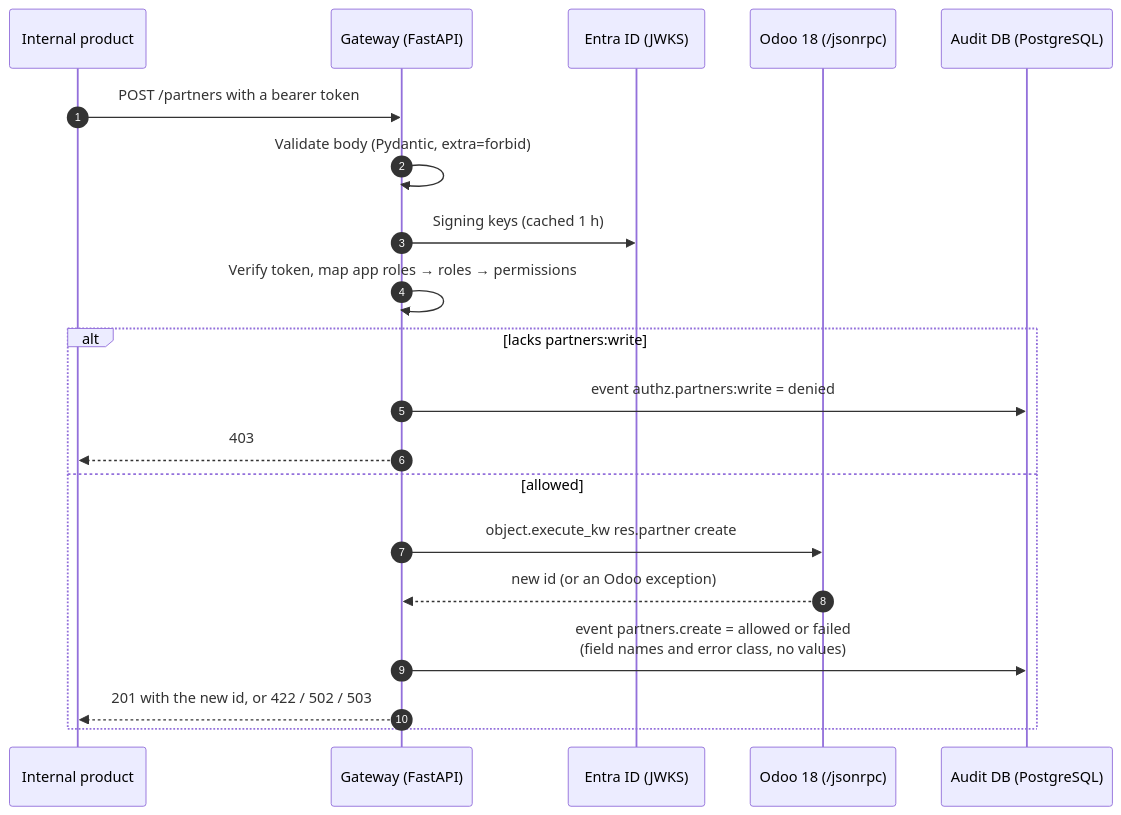
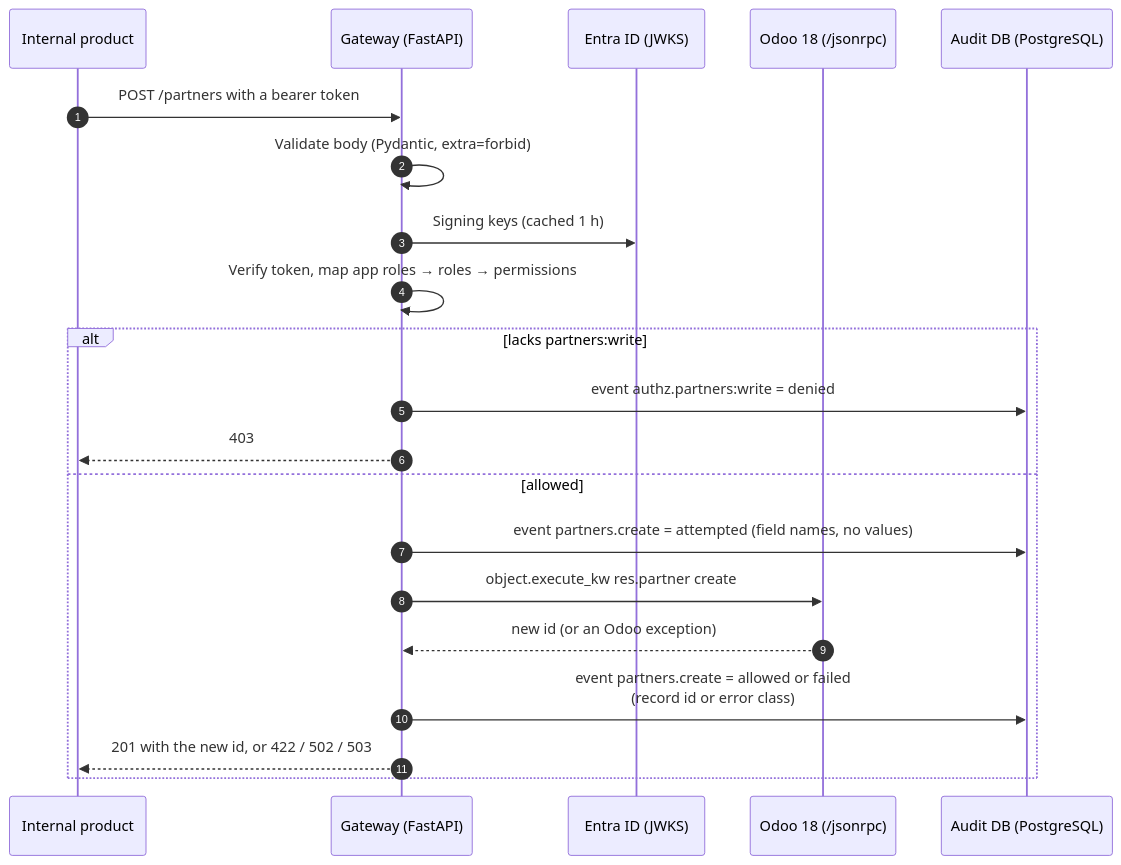
The first of 3 diagrams in docs/architecture.md (sergeonito/odoo-gateway), drawn with Mermaid before and after one commit. The commit also changed other lines of this file and 6 other files, not shown here.

````diff
--- a/docs/architecture.md
+++ b/docs/architecture.md
@@ -8,23 +8,24 @@
 ```mermaid
 sequenceDiagram
     autonumber
     participant P as Internal product
     participant G as Gateway (FastAPI)
     participant E as Entra ID (JWKS)
     participant O as Odoo 18 (/jsonrpc)
     participant A as Audit DB (PostgreSQL)
 
     P->>G: POST /partners with a bearer token
     G->>G: Validate body (Pydantic, extra=forbid)
     G->>E: Signing keys (cached 1 h)
     G->>G: Verify token, map app roles → roles → permissions
     alt lacks partners:write
         G->>A: event authz.partners:write = denied
         G-->>P: 403
     else allowed
+        G->>A: event partners.create = attempted (field names, no values)
         G->>O: object.execute_kw res.partner create
         O-->>G: new id (or an Odoo exception)
-        G->>A: event partners.create = allowed or failed<br/>(field names and error class, no values)
+        G->>A: event partners.create = allowed or failed<br/>(record id or error class)
         G-->>P: 201 with the new id, or 422 / 502 / 503
     end
 ```
````
